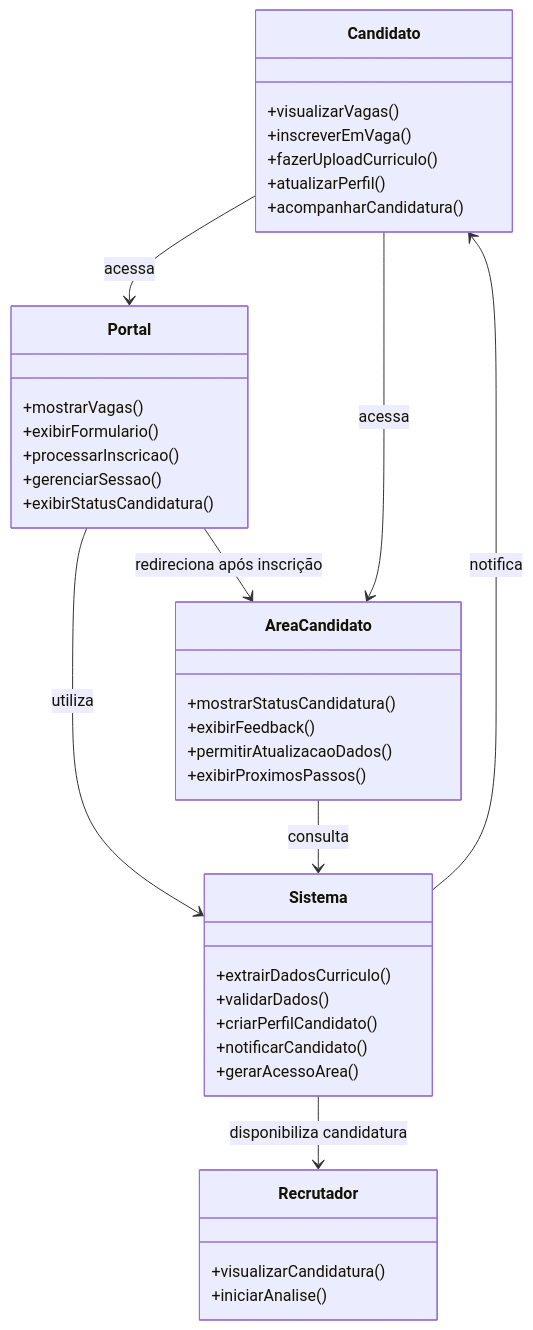
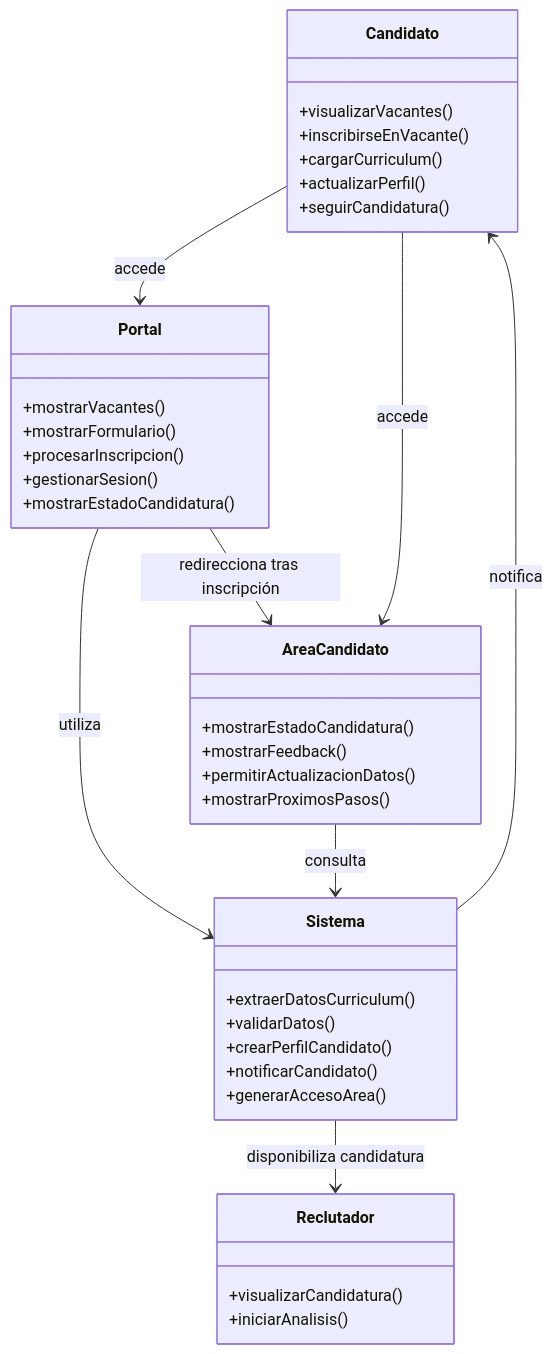
Before and after one commit to felipemarin/ai4devs-design-1: the second of 4 diagrams in vmr-iniciales/vmr-iniciales.md, drawn with Mermaid. The commit also changed other lines of this file, not shown here.

````diff
--- a/vmr-iniciales/vmr-iniciales.md
+++ b/vmr-iniciales/vmr-iniciales.md
@@ -341,46 +341,46 @@
 ```mermaid
 classDiagram
     class Candidato {
-        +visualizarVagas()
-        +inscreverEmVaga()
-        +fazerUploadCurriculo()
-        +atualizarPerfil()
-        +acompanharCandidatura()
+        +visualizarVacantes()
+        +inscribirseEnVacante()
+        +cargarCurriculum()
+        +actualizarPerfil()
+        +seguirCandidatura()
     }
     
     class Sistema {
-        +extrairDadosCurriculo()
-        +validarDados()
-        +criarPerfilCandidato()
+        +extraerDatosCurriculum()
+        +validarDatos()
+        +crearPerfilCandidato()
         +notificarCandidato()
-        +gerarAcessoArea()
+        +generarAccesoArea()
     }
     
-    class Recrutador {
+    class Reclutador {
         +visualizarCandidatura()
-        +iniciarAnalise()
+        +iniciarAnalisis()
     }
     
     class Portal {
-        +mostrarVagas()
-        +exibirFormulario()
-        +processarInscricao()
-        +gerenciarSessao()
-        +exibirStatusCandidatura()
+        +mostrarVacantes()
+        +mostrarFormulario()
+        +procesarInscripcion()
+        +gestionarSesion()
+        +mostrarEstadoCandidatura()
     }
     
     class AreaCandidato {
-        +mostrarStatusCandidatura()
-        +exibirFeedback()
-        +permitirAtualizacaoDados()
-        +exibirProximosPassos()
+        +mostrarEstadoCandidatura()
+        +mostrarFeedback()
+        +permitirActualizacionDatos()
+        +mostrarProximosPasos()
     }
     
-    Candidato --> Portal : acessa
+    Candidato --> Portal : accede
     Portal --> Sistema : utiliza
     Sistema --> Candidato : notifica
-    Candidato --> AreaCandidato : acessa
+    Candidato --> AreaCandidato : accede
     AreaCandidato --> Sistema : consulta
-    Sistema --> Recrutador : disponibiliza candidatura
-    Portal --> AreaCandidato : redireciona após inscrição
+    Sistema --> Reclutador : disponibiliza candidatura
+    Portal --> AreaCandidato : redirecciona tras inscripción
 ```
````
